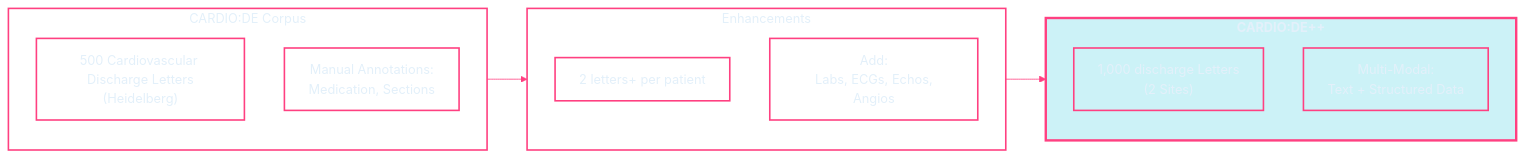
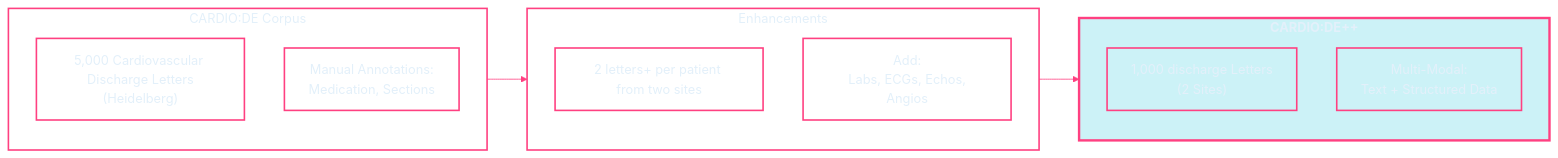
One commit to phiwi/cardio_dfg changed the second of 3 diagrams in slides.md. Above: the diagram before and after it, drawn with Mermaid. The commit also changed other lines of this file and 1 other file, not shown here.

````diff
--- a/slides.md
+++ b/slides.md
@@ -385,31 +398,31 @@
 ```mermaid
 %%{init: {'theme': 'base', 'themeVariables': { 
     'primaryColor': 'transparent', 
     'primaryTextColor': '#e3f0fa', 
     'lineColor': '#ff4081', 
     'textColor': '#e3f0fa', 
     'mainBkg': 'transparent', 
     'nodeBorder': '#ff4081' 
 }}}%%
 flowchart LR
     subgraph CARDIO_DE["CARDIO:DE Corpus"]
-      A1["500 Cardiovascular Discharge Letters<br/>(Heidelberg)"]
+      A1["5,000 Cardiovascular Discharge Letters<br/>(Heidelberg)"]
       A2["Manual Annotations:<br/>Medication, Sections"]
     end
     subgraph EXT["Enhancements"]
-      B1["2 letters+ per patient"]
+      B1["2 letters+ per patient from two sites"]
       B2["Add:<br> Labs, ECGs, Echos, Angios"]
     end
     subgraph CARDIO_DEPP["CARDIO:DE++"]
       C1["1,000 discharge Letters<br/>(2 Sites)"]
       C2["Multi-Modal:<br/>Text + Structured Data"]
     end
     CARDIO_DE --> EXT
     EXT --> CARDIO_DEPP
 
     classDef main fill:#00bcd433,stroke:#ff4081,stroke-width:3px,color:#e3f0fa,font-weight:bold;
     classDef leaf fill:transparent,stroke:#ff4081,stroke-width:2px,color:#e3f0fa;
 
     class CARDIO_DE,EXT,A1,A2,B1,B2,C1,C2 leaf;
     class CARDIO_DEPP main;
 ```
````
